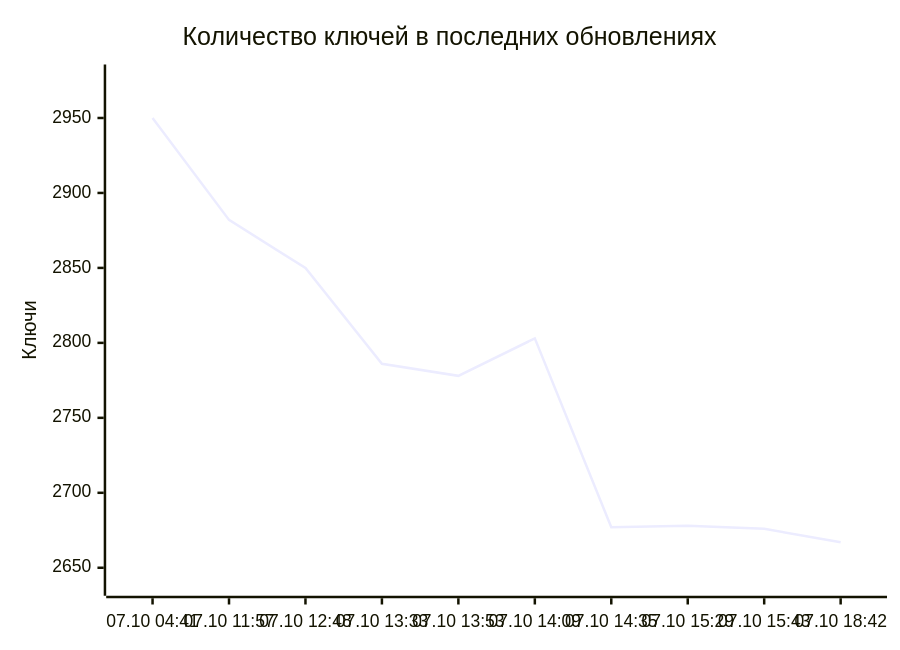
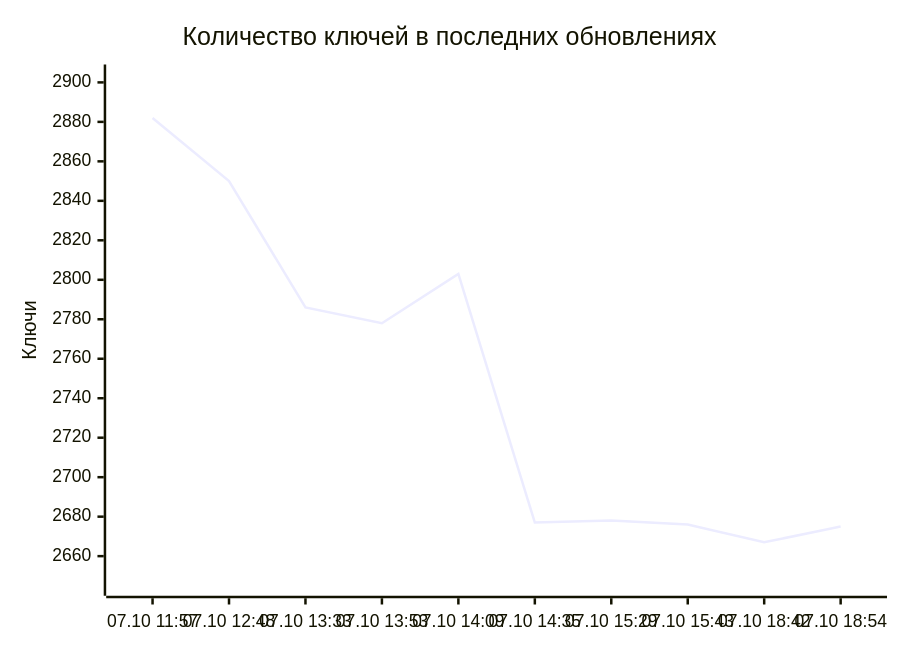
Before and after one commit to markKikhtenko/WireVeil: the diagram in README.md, drawn with Mermaid. The commit also changed other lines of this file and 10 other files, not shown here.

````diff
--- a/README.md
+++ b/README.md
@@ -55,7 +55,7 @@
 ```mermaid
 xychart-beta
     title "Количество ключей в последних обновлениях"
-    x-axis ["07.10 04:41", "07.10 11:57", "07.10 12:48", "07.10 13:33", "07.10 13:53", "07.10 14:09", "07.10 14:35", "07.10 15:29", "07.10 15:43", "07.10 18:42"]
-    y-axis "Ключи" 2638 --> 2979
-    line [2950, 2882, 2850, 2786, 2778, 2803, 2677, 2678, 2676, 2667]
+    x-axis ["07.10 11:57", "07.10 12:48", "07.10 13:33", "07.10 13:53", "07.10 14:09", "07.10 14:35", "07.10 15:29", "07.10 15:43", "07.10 18:42", "07.10 18:54"]
+    y-axis "Ключи" 2645 --> 2904
+    line [2882, 2850, 2786, 2778, 2803, 2677, 2678, 2676, 2667, 2675]
 ```
````
